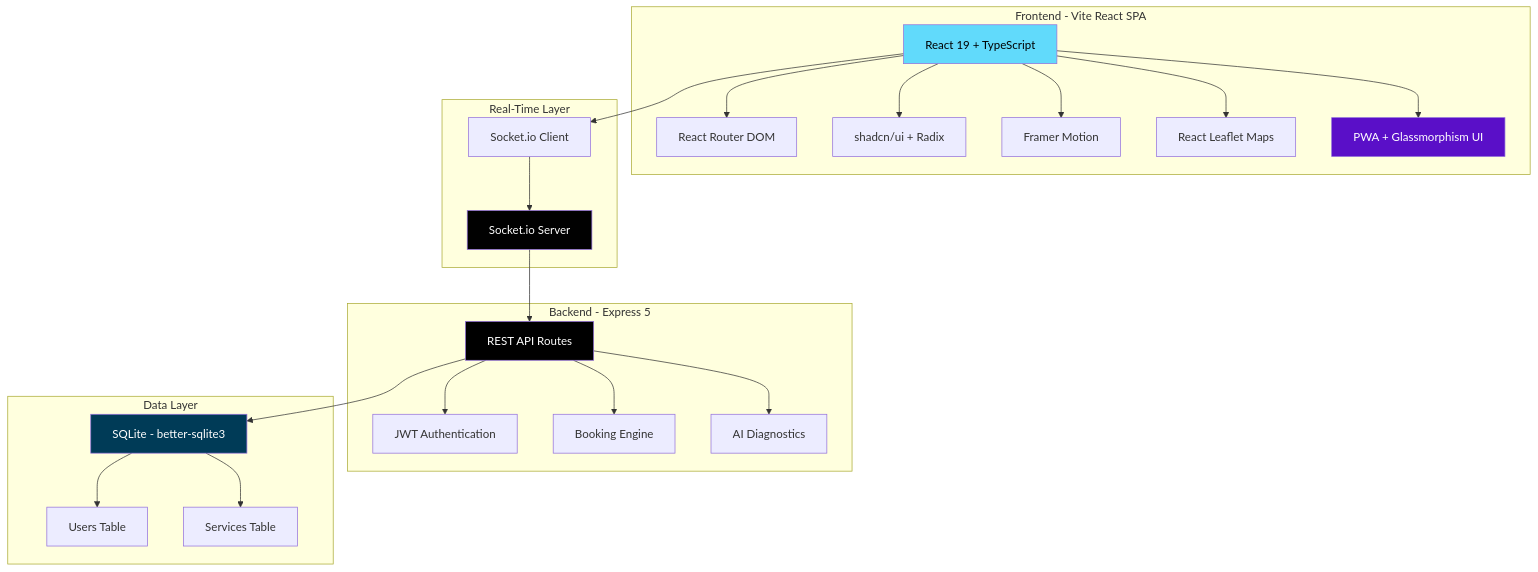
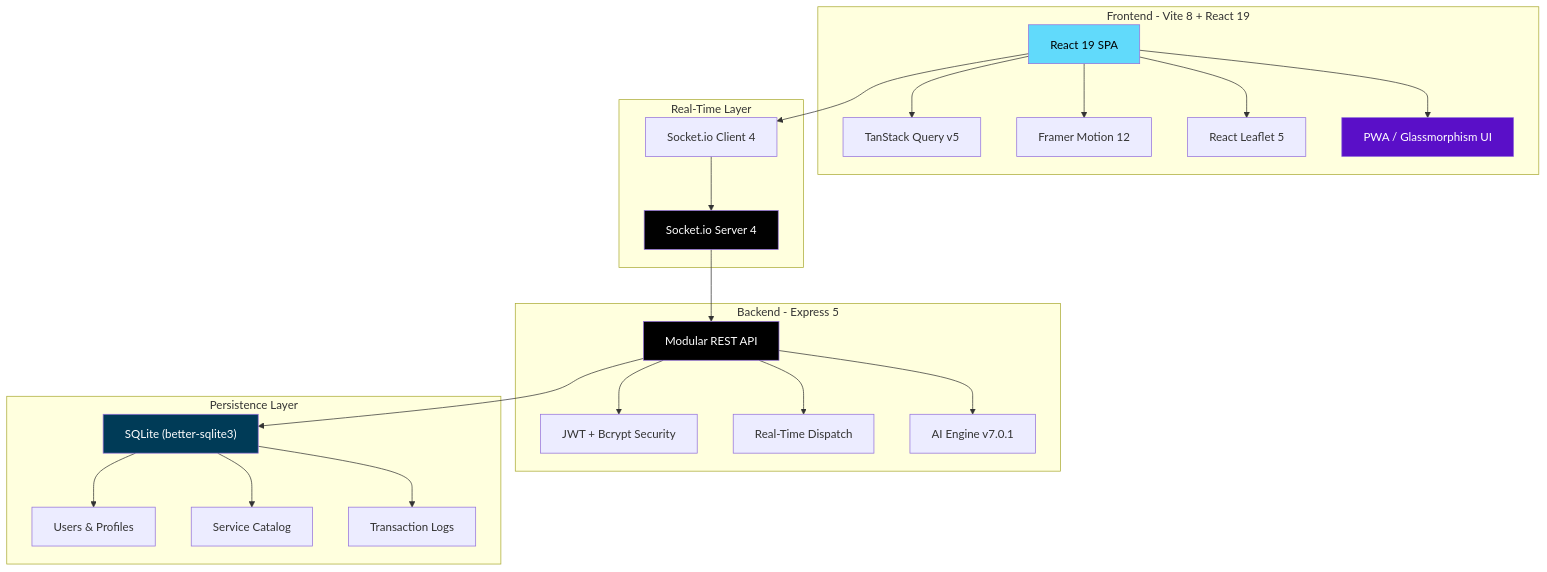
The third of 3 diagrams in README.md (mulkymalikuldhrs/oke-mekanik-mobile-service), drawn with Mermaid before and after one commit. The commit also changed other lines of this file and 19 other files, not shown here.

````diff
--- a/README.md
+++ b/README.md
@@ -136,50 +112,50 @@
 ```mermaid
 graph TB
-    subgraph Frontend["Frontend - Vite React SPA"]
-        UI["React 19 + TypeScript"]
-        Router["React Router DOM"]
-        Shadcn["shadcn/ui + Radix"]
-        FM["Framer Motion"]
-        Leaflet["React Leaflet Maps"]
-        PWA["PWA + Glassmorphism UI"]
+    subgraph Frontend["Frontend - Vite 8 + React 19"]
+        UI["React 19 SPA"]
+        State["TanStack Query v5"]
+        FM["Framer Motion 12"]
+        Leaflet["React Leaflet 5"]
+        PWA["PWA / Glassmorphism UI"]
     end
 
     subgraph Realtime["Real-Time Layer"]
-        SIOClient["Socket.io Client"]
-        SIOServer["Socket.io Server"]
+        SIOClient["Socket.io Client 4"]
+        SIOServer["Socket.io Server 4"]
     end
 
     subgraph Backend["Backend - Express 5"]
-        API["REST API Routes"]
-        Auth["JWT Authentication"]
-        Booking["Booking Engine"]
-        Diag["AI Diagnostics"]
+        API["Modular REST API"]
+        Auth["JWT + Bcrypt Security"]
+        Booking["Real-Time Dispatch"]
+        Diag["AI Engine v7.0.1"]
     end
 
-    subgraph Data["Data Layer"]
-        SQLite["SQLite - better-sqlite3"]
-        Users["Users Table"]
-        Services["Services Table"]
+    subgraph Data["Persistence Layer"]
+        SQLite["SQLite (better-sqlite3)"]
+        Users["Users & Profiles"]
+        Services["Service Catalog"]
+        Logs["Transaction Logs"]
     end
 
-    UI --> Router
-    UI --> Shadcn
+    UI --> State
     UI --> FM
     UI --> Leaflet
     UI --> PWA
     UI --> SIOClient
     SIOClient --> SIOServer
     SIOServer --> API
     API --> Auth
     API --> Booking
     API --> Diag
     API --> SQLite
     SQLite --> Users
     SQLite --> Services
+    SQLite --> Logs
 
     style UI fill:#61DAFB,color:#000
     style SIOServer fill:#010101,color:#fff
     style API fill:#000,color:#fff
     style SQLite fill:#003B57,color:#fff
     style PWA fill:#5A0FC8,color:#fff
 ```
````
